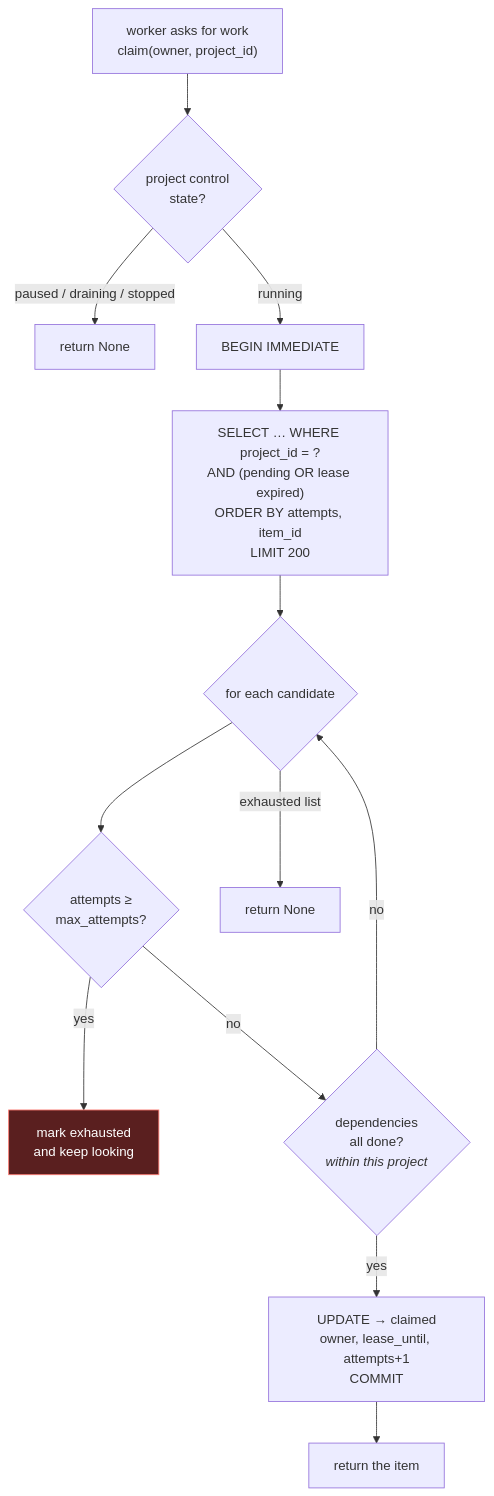
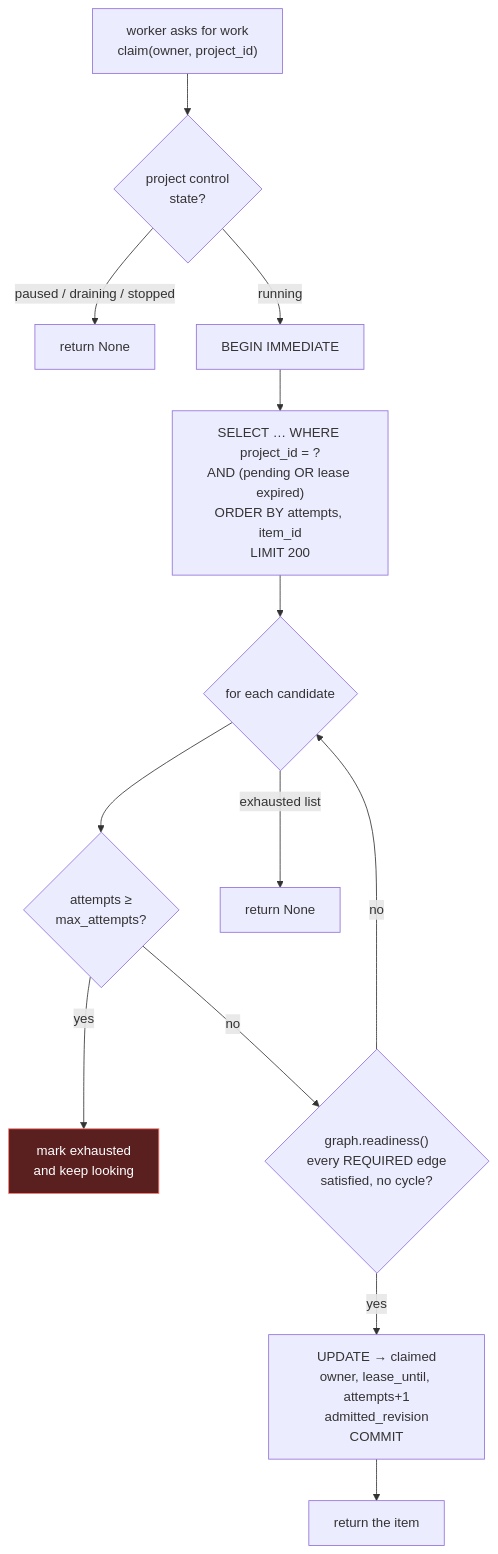
The second of 8 diagrams in docs/INTERNALS.md (TheDancingDeveloper-org/agent-harness), drawn with Mermaid before and after one commit. The commit also changed other lines of this file and 4 other files, not shown here.

Commit message:
docs: describe the edge model, the plan syntax and the readiness answer

````diff
--- a/docs/INTERNALS.md
+++ b/docs/INTERNALS.md
@@ -91,20 +91,20 @@
 ```mermaid
 flowchart TD
     ask["worker asks for work<br/>claim(owner, project_id)"] --> control{"project control<br/>state?"}
     control -->|"paused / draining / stopped"| none1["return None"]
     control -->|running| txn["BEGIN IMMEDIATE"]
 
     txn --> select["SELECT … WHERE project_id = ?<br/>AND (pending OR lease expired)<br/>ORDER BY attempts, item_id<br/>LIMIT 200"]
 
     select --> loop{"for each candidate"}
     loop --> attempts{"attempts ≥<br/>max_attempts?"}
     attempts -->|yes| exhaust["mark exhausted<br/>and keep looking"]
-    attempts -->|no| deps{"dependencies<br/>all done?<br/><i>within this project</i>"}
+    attempts -->|no| deps{"graph.readiness()<br/>every REQUIRED edge<br/>satisfied, no cycle?"}
     deps -->|no| loop
-    deps -->|yes| take["UPDATE → claimed<br/>owner, lease_until, attempts+1<br/>COMMIT"]
+    deps -->|yes| take["UPDATE → claimed<br/>owner, lease_until, attempts+1<br/>admitted_revision<br/>COMMIT"]
     take --> got["return the item"]
     loop -->|exhausted list| none2["return None"]
 
     classDef bad fill:#5a1f1f,stroke:#ff7b72,color:#fff
     class exhaust bad
 ```
````
